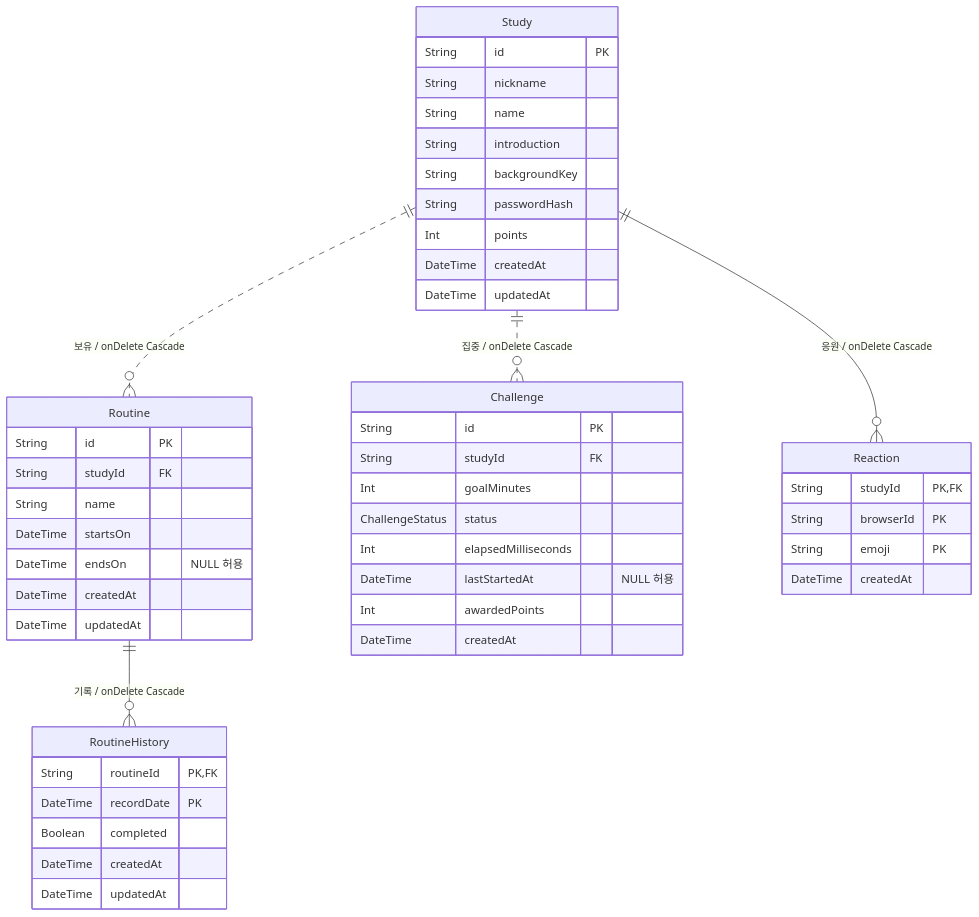
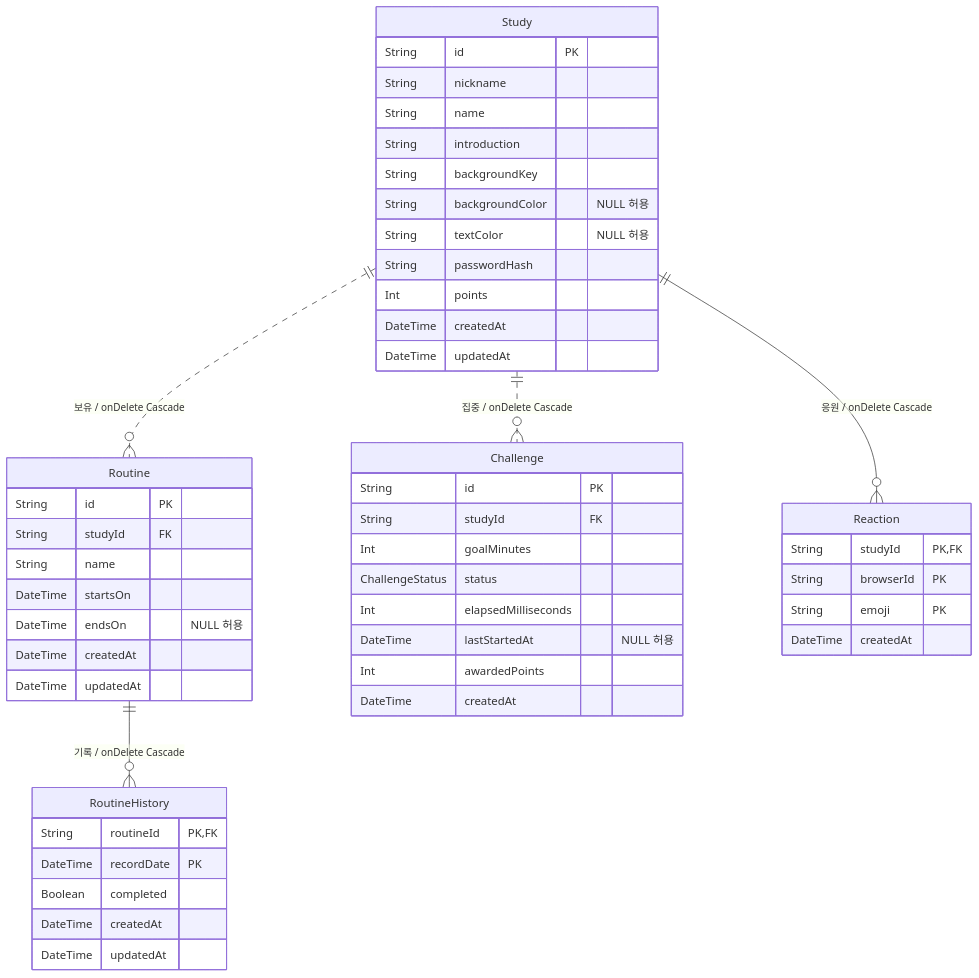
One commit to codeit-fs-16-part2-team1/forest-of-study changed the first of 2 diagrams in docs/DB.md. Above: the diagram before and after it, drawn with Mermaid. The commit also changed other lines of this file and 16 other files, not shown here.

````diff
--- a/docs/DB.md
+++ b/docs/DB.md
@@ -41,50 +41,52 @@
 ```mermaid
 erDiagram
     Study ||..o{ Routine : "보유 / onDelete Cascade"
     Routine ||--o{ RoutineHistory : "기록 / onDelete Cascade"
     Study ||..o{ Challenge : "집중 / onDelete Cascade"
     Study ||--o{ Reaction : "응원 / onDelete Cascade"
     Study {
         String id PK
         String nickname
         String name
         String introduction
         String backgroundKey
+        String backgroundColor "NULL 허용"
+        String textColor "NULL 허용"
         String passwordHash
         Int points
         DateTime createdAt
         DateTime updatedAt
     }
     Routine {
         String id PK
         String studyId FK
         String name
         DateTime startsOn
         DateTime endsOn "NULL 허용"
         DateTime createdAt
         DateTime updatedAt
     }
     RoutineHistory {
         String routineId PK,FK
         DateTime recordDate PK
         Boolean completed
         DateTime createdAt
         DateTime updatedAt
     }
     Challenge {
         String id PK
         String studyId FK
         Int goalMinutes
         ChallengeStatus status
         Int elapsedMilliseconds
         DateTime lastStartedAt "NULL 허용"
         Int awardedPoints
         DateTime createdAt
     }
     Reaction {
         String studyId PK,FK
         String browserId PK
         String emoji PK
         DateTime createdAt
     }
 ```
````
